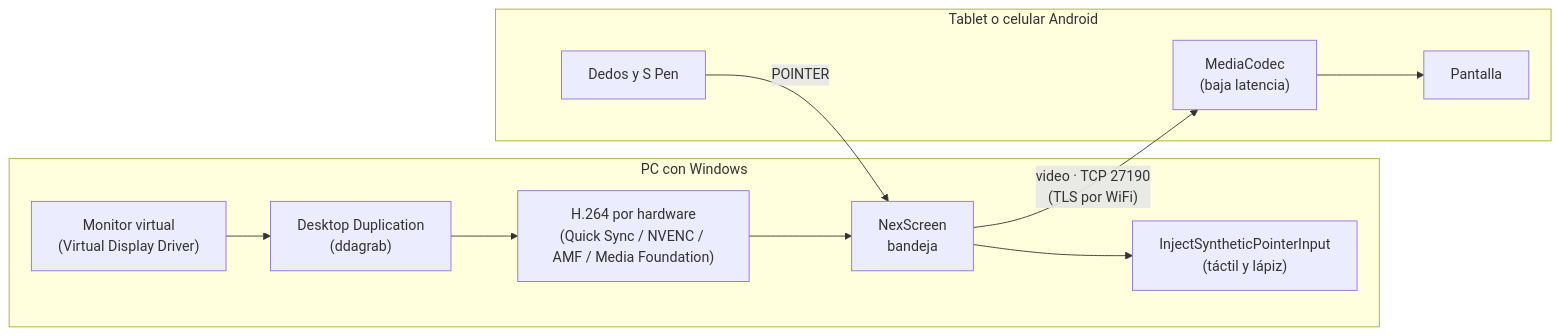
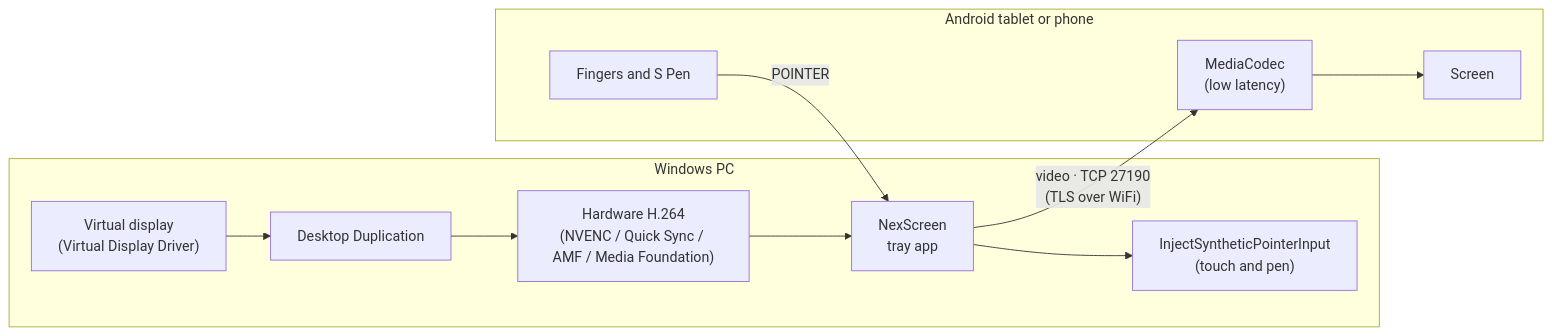
Before and after one commit to AlexPerez7/NexScreen: the diagram in README.md, drawn with Mermaid. The commit also changed other lines of this file and 4 other files, not shown here.

````diff
--- a/README.md
+++ b/README.md
@@ -114,16 +119,16 @@
 ```mermaid
 flowchart LR
-    subgraph PC["PC con Windows"]
-        VDD["Monitor virtual<br/>(Virtual Display Driver)"] --> CAP["Desktop Duplication<br/>(ddagrab)"]
-        CAP --> ENC["H.264 por hardware<br/>(Quick Sync / NVENC / AMF / Media Foundation)"]
-        ENC --> HOST["NexScreen<br/>bandeja"]
-        INJ["InjectSyntheticPointerInput<br/>(táctil y lápiz)"]
+    subgraph PC["Windows PC"]
+        VDD["Virtual display<br/>(Virtual Display Driver)"] --> CAP["Desktop Duplication"]
+        CAP --> ENC["Hardware H.264<br/>(NVENC / Quick Sync / AMF / Media Foundation)"]
+        ENC --> HOST["NexScreen<br/>tray app"]
+        INJ["InjectSyntheticPointerInput<br/>(touch and pen)"]
     end
-    subgraph TAB["Tablet o celular Android"]
-        DEC["MediaCodec<br/>(baja latencia)"] --> VIEW["Pantalla"]
-        PEN["Dedos y S Pen"]
+    subgraph TAB["Android tablet or phone"]
+        DEC["MediaCodec<br/>(low latency)"] --> VIEW["Screen"]
+        PEN["Fingers and S Pen"]
     end
-    HOST -- "video · TCP 27190<br/>(TLS por WiFi)" --> DEC
+    HOST -- "video · TCP 27190<br/>(TLS over WiFi)" --> DEC
     PEN -- "POINTER" --> HOST
     HOST --> INJ
 ```
````
